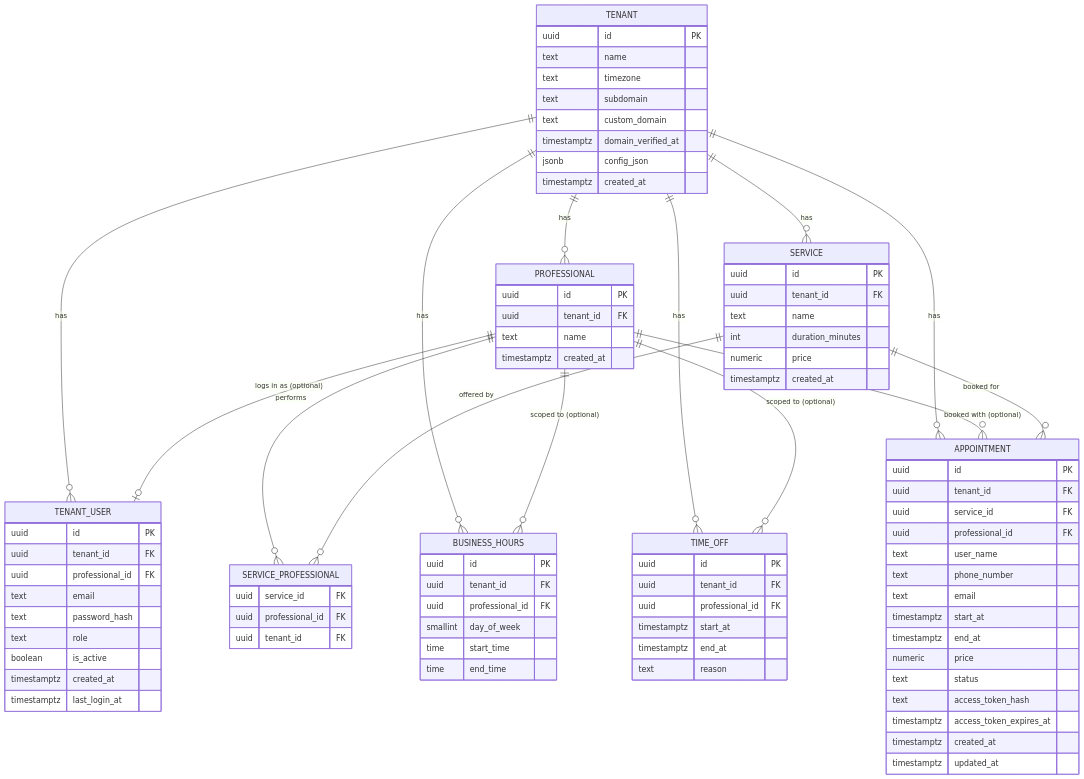
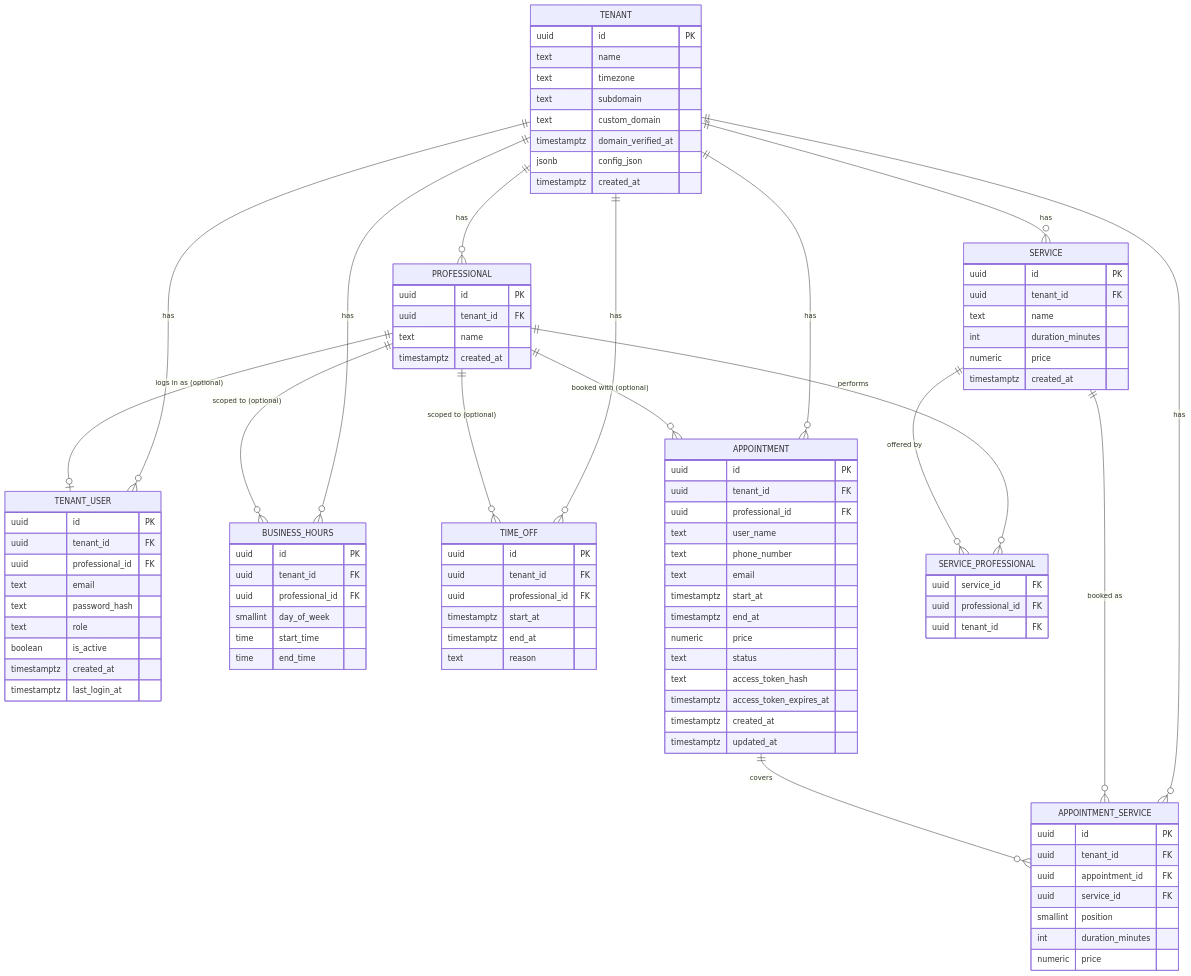
One commit to Busa312/multi-tenant-booking-app changed the diagram in Unified Requirements and Data Model.md. Above: the diagram before and after it, drawn with Mermaid. The commit also changed other lines of this file and 37 other files, not shown here.

````diff
--- a/Unified Requirements and Data Model.md
+++ b/Unified Requirements and Data Model.md
@@ -174,6 +193,7 @@
     TENANT ||--o{ BUSINESS_HOURS : has
     TENANT ||--o{ TIME_OFF : has
     TENANT ||--o{ APPOINTMENT : has
+    TENANT ||--o{ APPOINTMENT_SERVICE : has
 
     PROFESSIONAL ||--o| TENANT_USER : "logs in as (optional)"
     PROFESSIONAL ||--o{ SERVICE_PROFESSIONAL : performs
@@ -182,7 +202,8 @@
     PROFESSIONAL ||--o{ APPOINTMENT : "booked with (optional)"
 
     SERVICE ||--o{ SERVICE_PROFESSIONAL : "offered by"
-    SERVICE ||--o{ APPOINTMENT : "booked for"
+    SERVICE ||--o{ APPOINTMENT_SERVICE : "booked as"
+    APPOINTMENT ||--o{ APPOINTMENT_SERVICE : covers
 
     TENANT {
         uuid id PK
@@ -250,7 +271,6 @@
     APPOINTMENT {
         uuid id PK
         uuid tenant_id FK
-        uuid service_id FK
         uuid professional_id FK
         text user_name
         text phone_number
@@ -264,4 +284,14 @@
         timestamptz created_at
         timestamptz updated_at
     }
+
+    APPOINTMENT_SERVICE {
+        uuid id PK
+        uuid tenant_id FK
+        uuid appointment_id FK
+        uuid service_id FK
+        smallint position
+        int duration_minutes
+        numeric price
+    }
 ```
````
